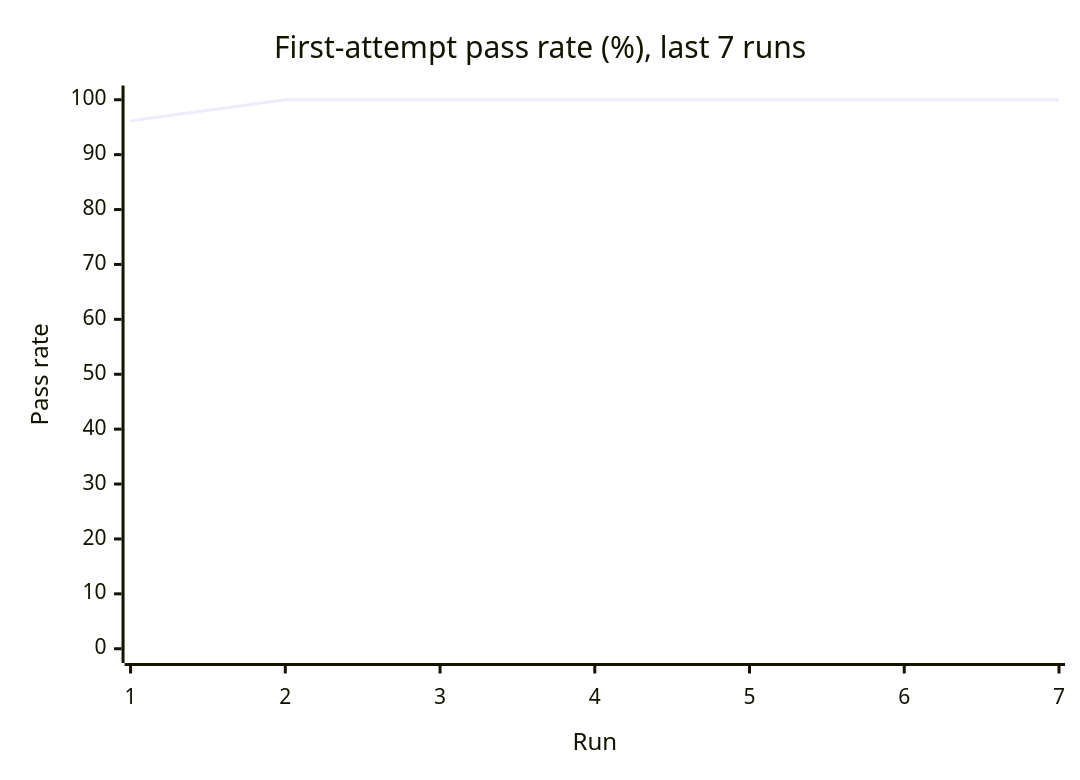
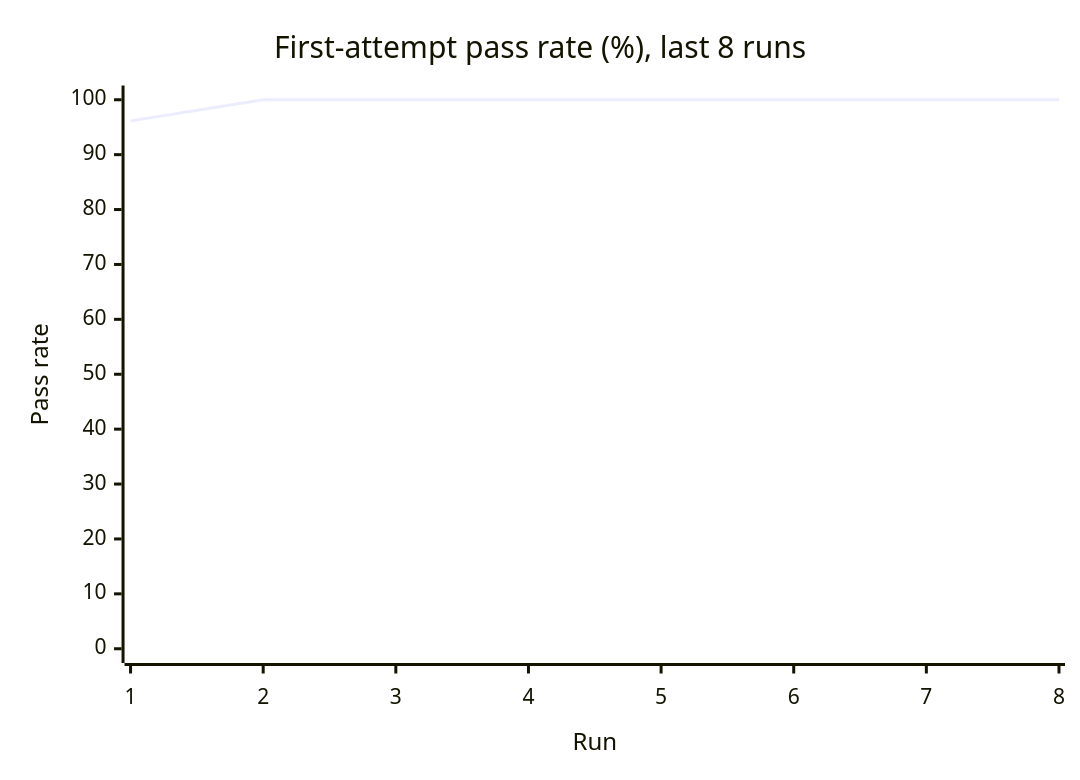
Before and after one commit to Shirojoufu/Flaky-Tests: the first of 3 diagrams in reports/summary.md, drawn with Mermaid. The commit also changed other lines of this file and 6 other files, not shown here.

````diff
--- a/reports/summary.md
+++ b/reports/summary.md
@@ -17,7 +17,7 @@
 ```mermaid
 xychart-beta
-    title "First-attempt pass rate (%), last 7 runs"
-    x-axis "Run" [1, 2, 3, 4, 5, 6, 7]
+    title "First-attempt pass rate (%), last 8 runs"
+    x-axis "Run" [1, 2, 3, 4, 5, 6, 7, 8]
     y-axis "Pass rate" 0 --> 100
-    line [96.15, 100.0, 100.0, 100.0, 100.0, 100.0, 100.0]
+    line [96.15, 100.0, 100.0, 100.0, 100.0, 100.0, 100.0, 100.0]
 ```
````
